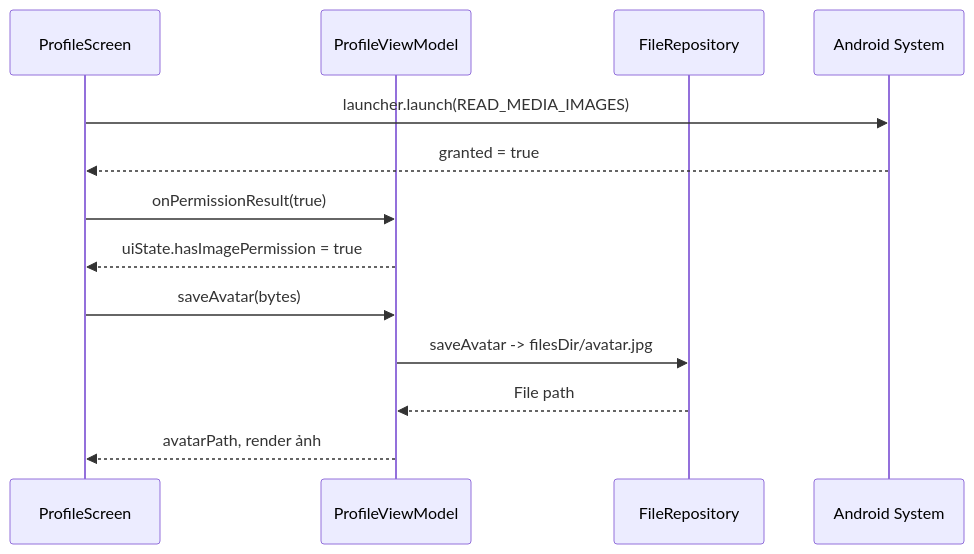
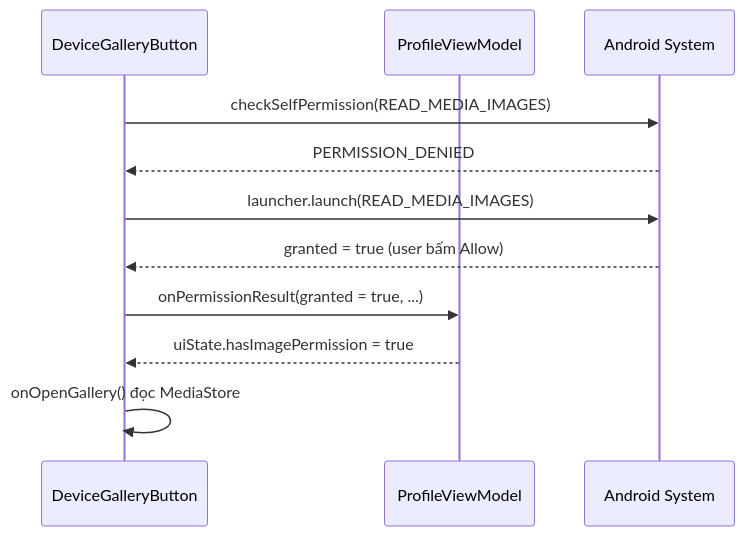
Before and after one commit to h1eu/knowledge: the fifth of 6 diagrams in knowledge/android/docs/session_02/file_permissions.md, drawn with Mermaid. The commit also changed other lines of this file and 76 other files, not shown here.

First line of the commit message:
docs(android): add Compose Overview, fix S01–S05 facts and diagrams

````diff
--- a/knowledge/android/docs/session_02/file_permissions.md
+++ b/knowledge/android/docs/session_02/file_permissions.md
@@ -286,15 +349,13 @@
 ```mermaid
 sequenceDiagram
-    participant UI as ProfileScreen
+    participant UI as DeviceGalleryButton
     participant VM as ProfileViewModel
-    participant Repo as FileRepository
     participant Sys as Android System
+    UI->>Sys: checkSelfPermission(READ_MEDIA_IMAGES)
+    Sys-->>UI: PERMISSION_DENIED
     UI->>Sys: launcher.launch(READ_MEDIA_IMAGES)
-    Sys-->>UI: granted = true
-    UI->>VM: onPermissionResult(true)
+    Sys-->>UI: granted = true (user bấm Allow)
+    UI->>VM: onPermissionResult(granted = true, ...)
     VM-->>UI: uiState.hasImagePermission = true
-    UI->>VM: saveAvatar(bytes)
-    VM->>Repo: saveAvatar -> filesDir/avatar.jpg
-    Repo-->>VM: File path
-    VM-->>UI: avatarPath, render ảnh
+    UI->>UI: onOpenGallery() đọc MediaStore
 ```
````
